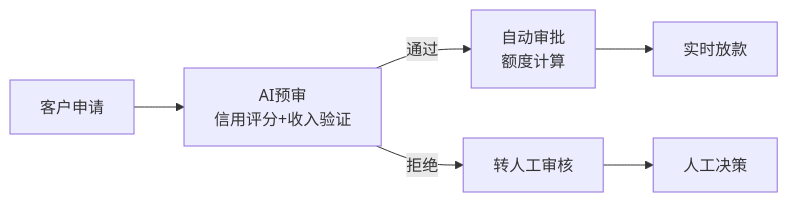
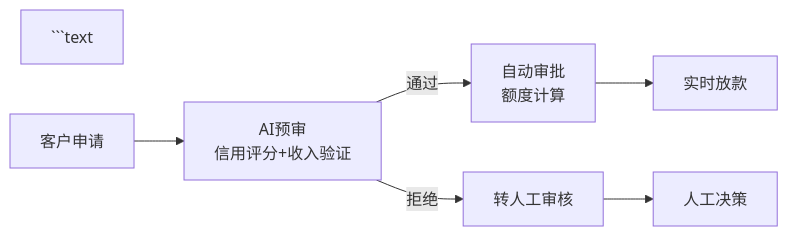
The third of 4 diagrams in webversion/src/content/docs/labs/bmad-crm.md (shawsicau-create/smartbanking), drawn with Mermaid before and after one commit. The commit also changed other lines of this file and 14 other files, not shown here.

First line of the commit message:
fix: 全站修复缩进内容渲染——框线图→代码块+对齐文本→GFM表格

````diff
--- a/webversion/src/content/docs/labs/bmad-crm.md
+++ b/webversion/src/content/docs/labs/bmad-crm.md
@@ -573,8 +581,9 @@
 ```mermaid
 graph LR
-    A[客户申请] --> B[AI预审<br/>信用评分+收入验证]
-    B -->|通过| C[自动审批<br/>额度计算]
-    B -->|拒绝| D[转人工审核]
-    C --> E[实时放款]
-    D --> F[人工决策]
+```text
+A[客户申请] --> B[AI预审<br/>信用评分+收入验证]
+B -->|通过| C[自动审批<br/>额度计算]
+B -->|拒绝| D[转人工审核]
+C --> E[实时放款]
+D --> F[人工决策]
 ```
````
